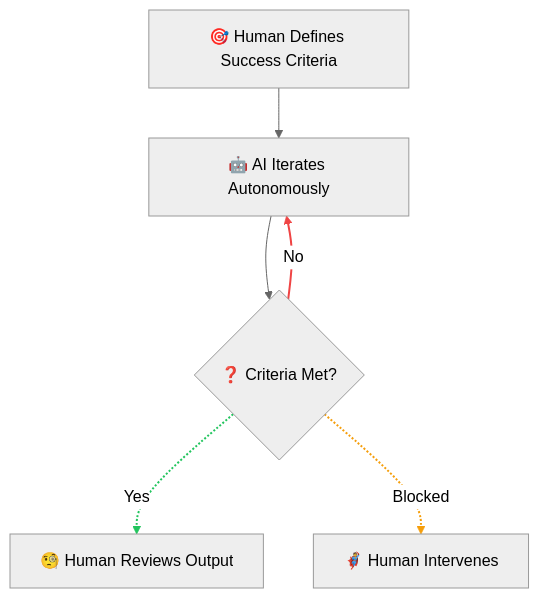
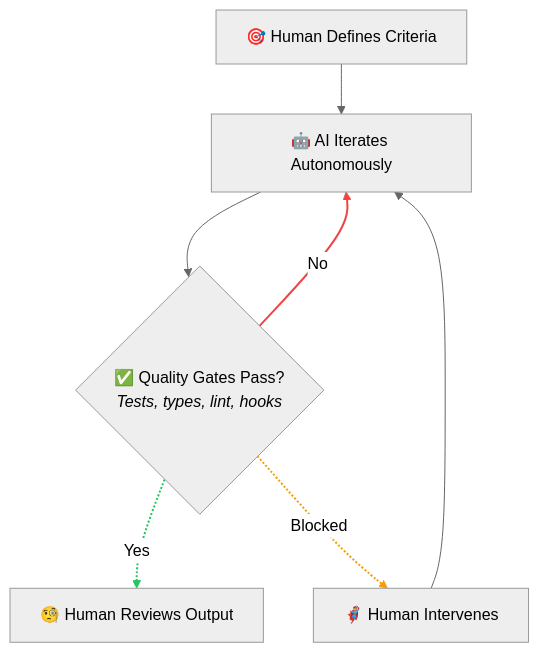
One commit to TheBushidoCollective/han changed the second of 12 diagrams in website/content/papers/ai-dlc-2026.md. Above: the diagram before and after it, drawn with Mermaid (neutral theme).

Commit message:
fix(website): improve HOTL diagram with quality gates and complete loop
- Change "Criteria Met?" to "Quality Gates Pass?" with details (Tests, types, lint, hooks)
- Add connection from "Human Intervenes" back to "AI Iterates" to show complete loop
- Clarifies that HOTL uses automated validation (backpressure) not just success criteria
- Shows that after human intervention, AI continues iterating autonomously

````diff
--- a/website/content/papers/ai-dlc-2026.md
+++ b/website/content/papers/ai-dlc-2026.md
@@ -133,12 +133,13 @@
 ```mermaid
 flowchart TB
-    B1["🎯 Human Defines Success Criteria"] --> B2["🤖 AI Iterates Autonomously"]
-    B2 --> B3{"❓ Criteria Met?"}
+    B1["🎯 Human Defines Criteria"] --> B2["🤖 AI Iterates Autonomously"]
+    B2 --> B3{"✅ Quality Gates Pass?<br/><i>Tests, types, lint, hooks</i>"}
     B3 -->|"No"| B2
     B3 -.->|"Yes"| B4["🧐 Human Reviews Output"]
     B3 -.->|"Blocked"| B5["🦸 Human Intervenes"]
+    B5 --> B2
 
     linkStyle 2 stroke:#ef4444,stroke-width:2px
     linkStyle 3 stroke:#22c55e,stroke-width:2px
     linkStyle 4 stroke:#f59e0b,stroke-width:2px
 ```
````
